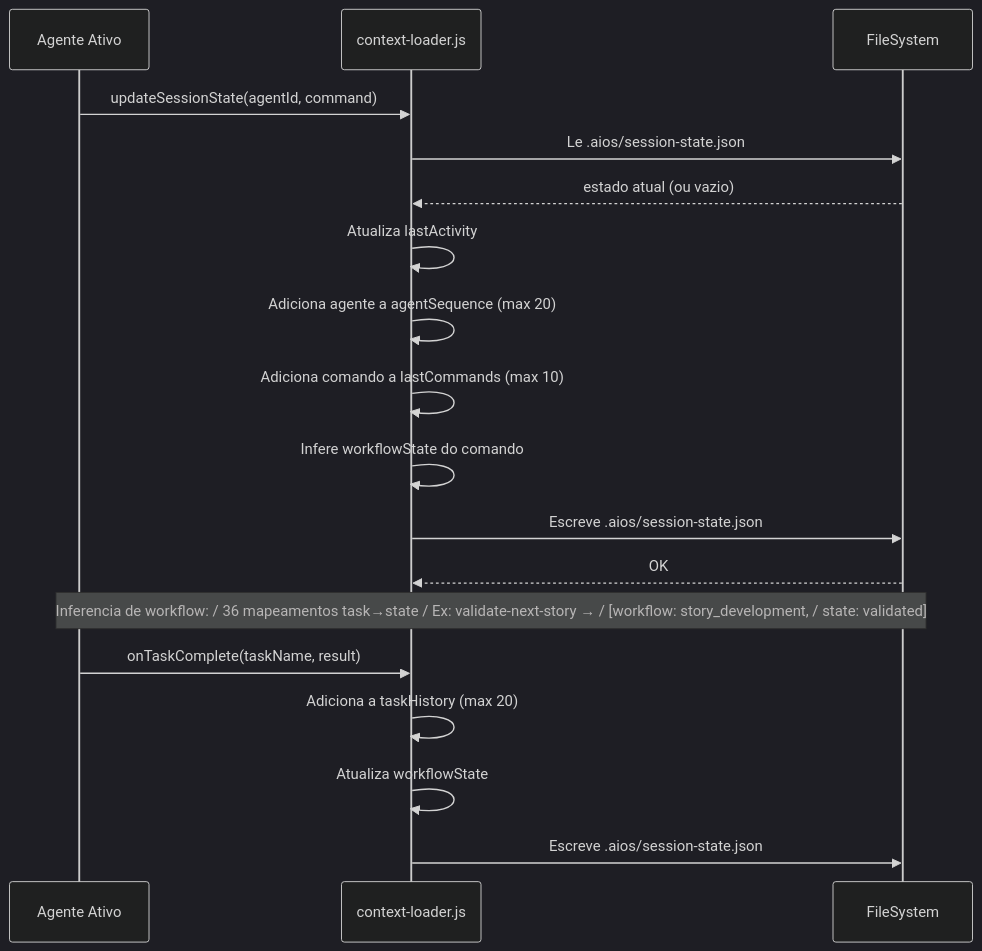
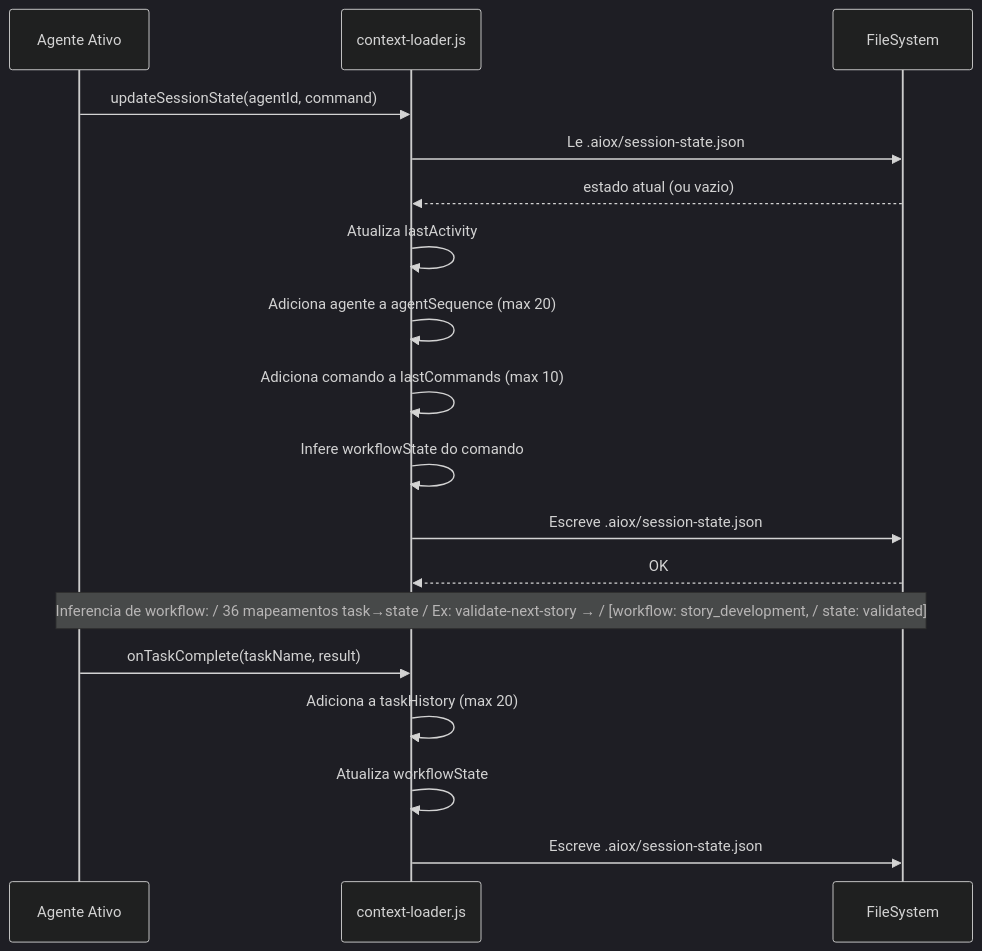
Before and after one commit to bychrisr/aios-docs: the tenth of 18 diagrams in content/en/docs/guides/MEMORY-SYSTEM.mdx, drawn with Mermaid (dark theme). The commit also changed other lines of this file and 564 other files, not shown here.

````diff
--- a/content/en/docs/guides/MEMORY-SYSTEM.mdx
+++ b/content/en/docs/guides/MEMORY-SYSTEM.mdx
@@ -480,25 +480,25 @@
 ```mermaid
 sequenceDiagram
     participant Agent as Agente Ativo
     participant CL as context-loader.js
     participant FS as FileSystem
 
     Agent->>CL: updateSessionState(agentId, command)
-    CL->>FS: Le .aios/session-state.json
+    CL->>FS: Le .aiox/session-state.json
     FS-->>CL: estado atual (ou vazio)
 
     CL->>CL: Atualiza lastActivity
     CL->>CL: Adiciona agente a agentSequence (max 20)
     CL->>CL: Adiciona comando a lastCommands (max 10)
     CL->>CL: Infere workflowState do comando
 
-    CL->>FS: Escreve .aios/session-state.json
+    CL->>FS: Escreve .aiox/session-state.json
     FS-->>CL: OK
 
     Note over Agent,FS: Inferencia de workflow: / 36 mapeamentos task→state / Ex: validate-next-story → / [workflow: story_development, / state: validated]
 
     Agent->>CL: onTaskComplete(taskName, result)
     CL->>CL: Adiciona a taskHistory (max 20)
     CL->>CL: Atualiza workflowState
-    CL->>FS: Escreve .aios/session-state.json
+    CL->>FS: Escreve .aiox/session-state.json
 ```
````
